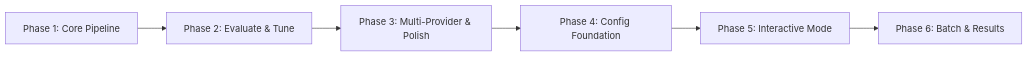
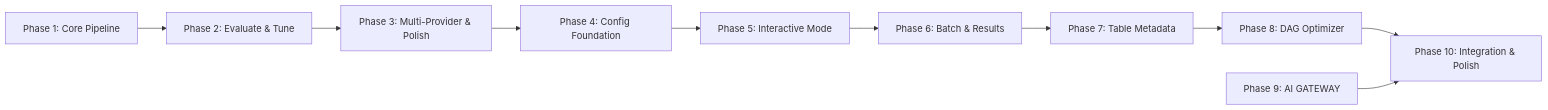
Before and after one commit to DangTAnh/textToSQLFLow: the diagram in .planning/ROADMAP.md, drawn with Mermaid. The commit also changed other lines of this file and 4 other files, not shown here.

````diff
--- a/.planning/ROADMAP.md
+++ b/.planning/ROADMAP.md
@@ -108,8 +163,12 @@
 ```mermaid
 graph LR
     P1[Phase 1: Core Pipeline] --> P2[Phase 2: Evaluate & Tune]
     P2 --> P3[Phase 3: Multi-Provider & Polish]
     P3 --> P4[Phase 4: Config Foundation]
     P4 --> P5[Phase 5: Interactive Mode]
     P5 --> P6[Phase 6: Batch & Results]
+    P6 --> P7[Phase 7: Table Metadata]
+    P7 --> P8[Phase 8: DAG Optimizer]
+    P8 --> P10[Phase 10: Integration & Polish]
+    P9[Phase 9: AI GATEWAY] --> P10
 ```
````
